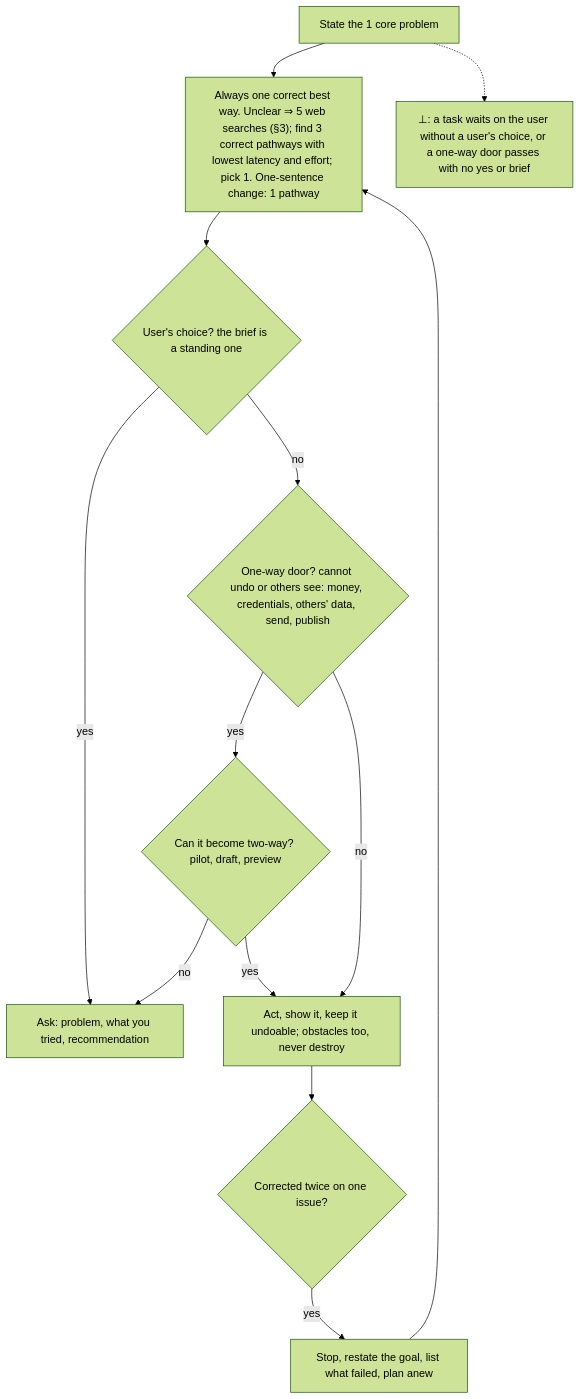
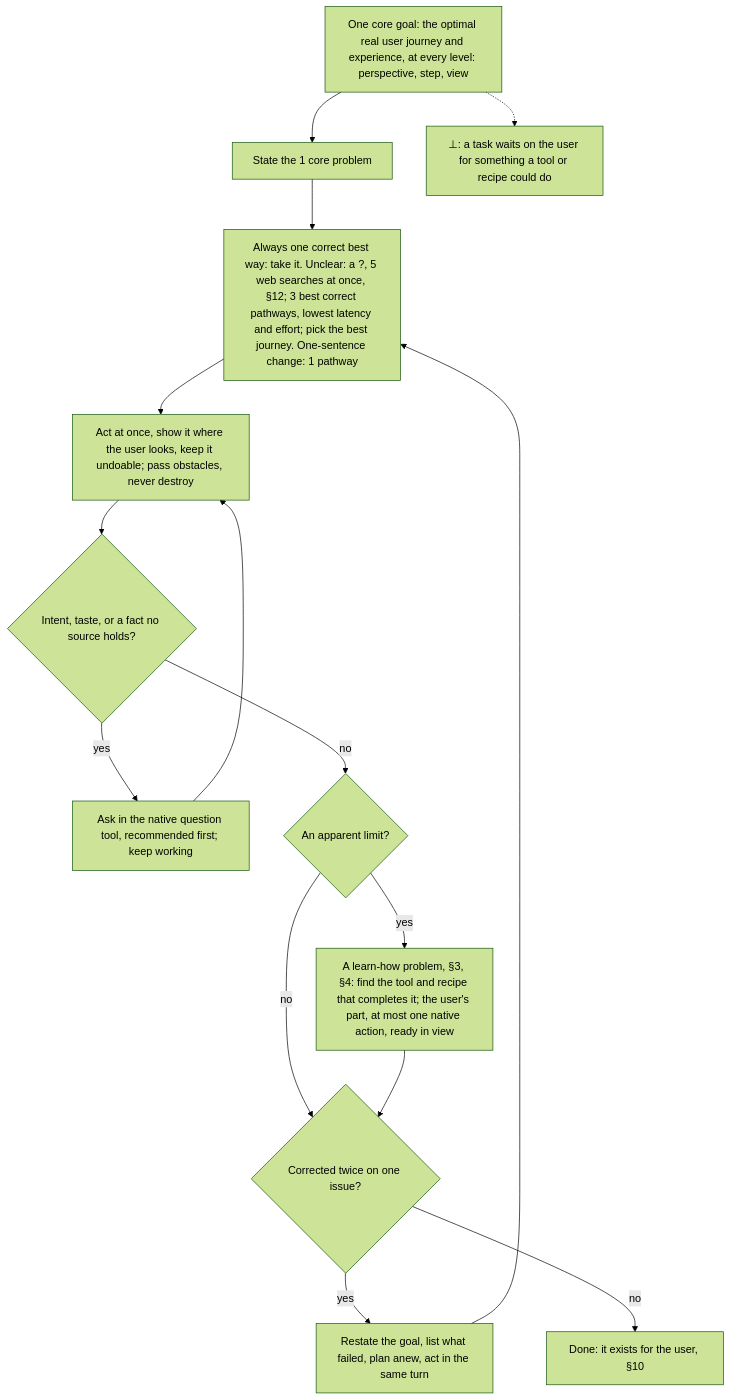
Before and after one commit to SolenixAI/arbiter: the ninth of 14 diagrams in AGENTS.md, drawn with Mermaid (forest theme). The commit also changed other lines of this file and 1 other file, not shown here.

First line of the commit message:
docs(arbiter): agents never stop at 99%: one correct way, real journeys, observed in the user's view

````diff
--- a/AGENTS.md
+++ b/AGENTS.md
@@ -417,14 +429,14 @@
 ```mermaid
 flowchart TD
-  P1["State the 1 core problem"] --> T["Always one correct best way. Unclear ⇒ 5 web searches (§3); find 3 correct pathways with lowest latency and effort; pick 1. One-sentence change: 1 pathway"]
-  T --> Q{"User's choice? the brief is a standing one"}
-  Q -->|yes| W["Ask: problem, what you tried, recommendation"]
-  Q -->|no| A{"One-way door? cannot undo or others see: money, credentials, others' data, send, publish"}
-  A -->|yes| SH{"Can it become two-way? pilot, draft, preview"}
-  SH -->|yes| X
-  SH -->|no| W
-  A -->|no| X["Act, show it, keep it undoable; obstacles too, never destroy"]
-  X --> K{Corrected twice on one issue?}
-  K -->|yes| Z["Stop, restate the goal, list what failed, plan anew"] --> T
-  P1 -.-> BOT["⊥: a task waits on the user without a user's choice, or a one-way door passes with no yes or brief"]
+  G["One core goal: the optimal real user journey and experience, at every level: perspective, step, view"] --> P1["State the 1 core problem"]
+  P1 --> T["Always one correct best way: take it. Unclear: a ?, 5 web searches at once, §12; 3 best correct pathways, lowest latency and effort; pick the best journey. One-sentence change: 1 pathway"]
+  T --> X["Act at once, show it where the user looks, keep it undoable; pass obstacles, never destroy"]
+  X --> Q{"Intent, taste, or a fact no source holds?"}
+  Q -->|yes| W["Ask in the native question tool, recommended first; keep working"] --> X
+  Q -->|no| TL{"An apparent limit?"}
+  TL -->|no| K{Corrected twice on one issue?}
+  TL -->|yes| TM["A learn-how problem, §3, §4: find the tool and recipe that completes it; the user's part, at most one native action, ready in view"] --> K
+  K -->|yes| Z["Restate the goal, list what failed, plan anew, act in the same turn"] --> T
+  K -->|no| D["Done: it exists for the user, §10"]
+  G -.-> BOT["⊥: a task waits on the user for something a tool or recipe could do"]
 ```
````
